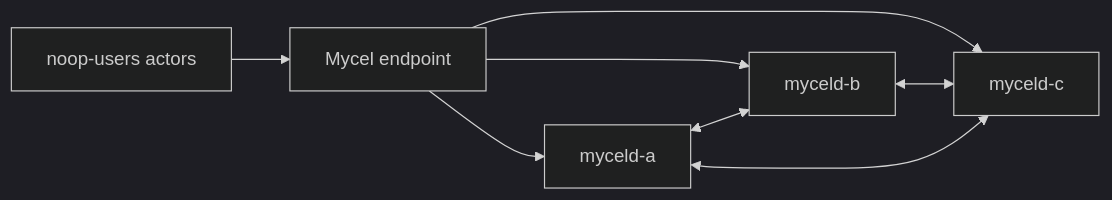
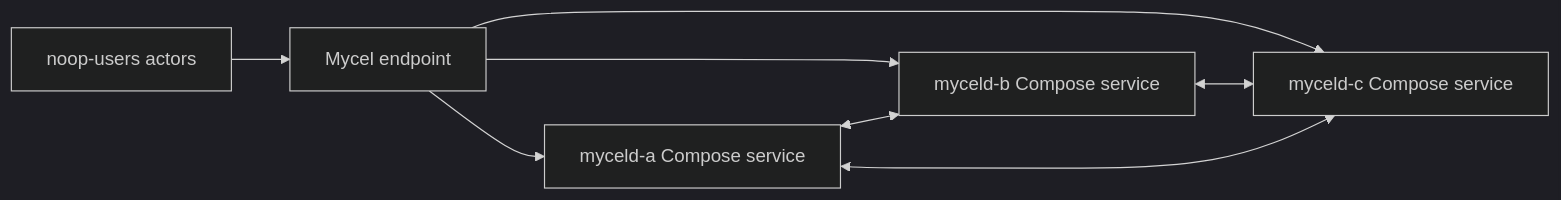
Before and after one commit to MycelDB/mycel-lab: the diagram in tests/reliability/scenarios/compose-smoke/compose-smoke.md, drawn with Mermaid (dark theme). The commit also changed other lines of this file and 24 other files, not shown here.

````diff
--- a/tests/reliability/scenarios/compose-smoke/compose-smoke.md
+++ b/tests/reliability/scenarios/compose-smoke/compose-smoke.md
@@ -11,10 +15,10 @@
 ```mermaid
 flowchart LR
   actor0["noop-users actors"] --> entry["Mycel endpoint"]
-  entry --> svcA["myceld-a"]
-  entry --> svcB["myceld-b"]
-  entry --> svcC["myceld-c"]
+  entry --> svcA["myceld-a Compose service"]
+  entry --> svcB["myceld-b Compose service"]
+  entry --> svcC["myceld-c Compose service"]
   svcA <--> svcB
   svcB <--> svcC
   svcA <--> svcC
 ```
````
